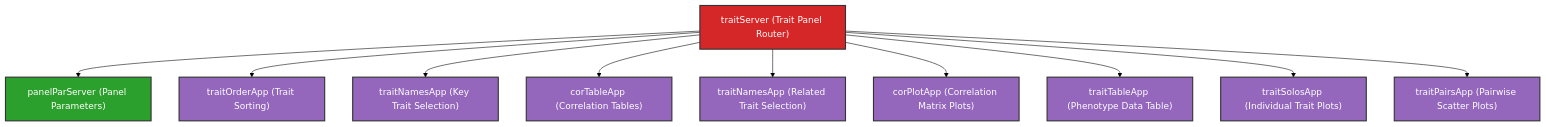
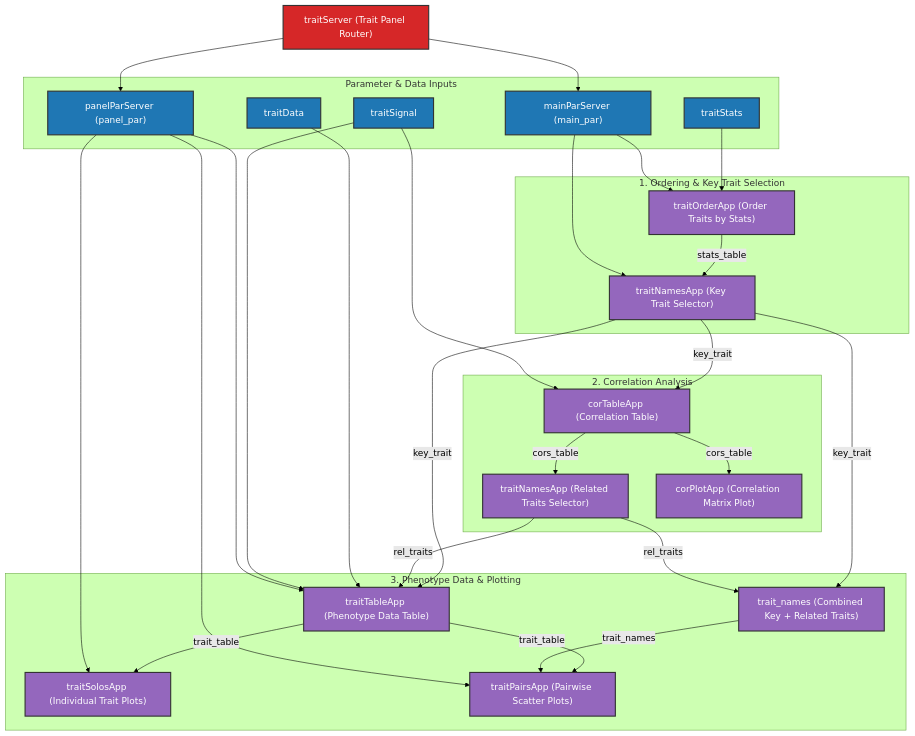
One commit to byandell-sysgen/foundrShiny changed the fourth of 6 diagrams in vignettes/devel_guide/modules.Rmd. Above: the diagram before and after it, drawn with Mermaid (forest theme). The commit also changed other lines of this file and 1 other file, not shown here.

Commit message:
update mermaids to follow module flow

````diff
--- a/vignettes/devel_guide/modules.Rmd
+++ b/vignettes/devel_guide/modules.Rmd
@@ -128,32 +145,69 @@
 ```mermaid
 flowchart TD
     traitServer["traitServer (Trait Panel Router)"]
-    panelParServer["panelParServer (Panel Parameters)"]
 
-    corPlotApp["corPlotApp (Correlation Matrix Plots)"]
-    corTableApp["corTableApp (Correlation Tables)"]
-    traitNamesKey["traitNamesApp (Key Trait Selection)"]
-    traitNamesRel["traitNamesApp (Related Trait Selection)"]
-    traitOrderApp["traitOrderApp (Trait Sorting)"]
-    traitPairsApp["traitPairsApp (Pairwise Scatter Plots)"]
-    traitSolosApp["traitSolosApp (Individual Trait Plots)"]
-    traitTableApp["traitTableApp (Phenotype Data Table)"]
+    subgraph Inputs["Parameter & Data Inputs"]
+        main_par["mainParServer (main_par)"]
+        panel_par["panelParServer (panel_par)"]
+        traitStats["traitStats"]
+        traitSignal["traitSignal"]
+        traitData["traitData"]
+    end
 
-    traitServer --> panelParServer
-    traitServer --> traitOrderApp
-    traitServer --> traitNamesKey
-    traitServer --> corTableApp
-    traitServer --> traitNamesRel
-    traitServer --> corPlotApp
-    traitServer --> traitTableApp
-    traitServer --> traitSolosApp
-    traitServer --> traitPairsApp
+    subgraph OrderingKey["1. Ordering & Key Trait Selection"]
+        traitOrderApp["traitOrderApp (Order Traits by Stats)"]
+        keyTrait["traitNamesApp (Key Trait Selector)"]
+    end
+
+    subgraph Correlations["2. Correlation Analysis"]
+        corTableApp["corTableApp (Correlation Table)"]
+        relTraits["traitNamesApp (Related Traits Selector)"]
+        corPlotApp["corPlotApp (Correlation Matrix Plot)"]
+    end
+
+    subgraph PhenotypeDisplay["3. Phenotype Data & Plotting"]
+        trait_names["trait_names (Combined Key + Related Traits)"]
+        traitTableApp["traitTableApp (Phenotype Data Table)"]
+        traitSolosApp["traitSolosApp (Individual Trait Plots)"]
+        traitPairsApp["traitPairsApp (Pairwise Scatter Plots)"]
+    end
+
+    traitServer --> main_par
+    traitServer --> panel_par
+
+    traitStats --> traitOrderApp
+    main_par --> traitOrderApp
+
+    traitOrderApp -->|"stats_table"| keyTrait
+    main_par --> keyTrait
+
+    keyTrait -->|"key_trait"| corTableApp
+    traitSignal --> corTableApp
+
+    corTableApp -->|"cors_table"| relTraits
+    corTableApp -->|"cors_table"| corPlotApp
+
+    keyTrait -->|"key_trait"| trait_names
+    relTraits -->|"rel_traits"| trait_names
+
+    keyTrait -->|"key_trait"| traitTableApp
+    relTraits -->|"rel_traits"| traitTableApp
+    traitData --> traitTableApp
+    traitSignal --> traitTableApp
+    panel_par --> traitTableApp
+
+    traitTableApp -->|"trait_table"| traitSolosApp
+    panel_par --> traitSolosApp
+
+    traitTableApp -->|"trait_table"| traitPairsApp
+    trait_names -->|"trait_names"| traitPairsApp
+    panel_par --> traitPairsApp
 
     classDef panel fill:#d62728,stroke:#333,stroke-width:2px,color:#fff
-    classDef param fill:#2ca02c,stroke:#333,stroke-width:2px,color:#fff
+    classDef input fill:#1f77b4,stroke:#333,stroke-width:2px,color:#fff
     classDef submod fill:#9467bd,stroke:#333,stroke-width:2px,color:#fff
 
     class traitServer panel
-    class panelParServer param
-    class corPlotApp,corTableApp,traitNamesKey,traitNamesRel,traitOrderApp,traitPairsApp,traitSolosApp,traitTableApp submod
+    class main_par,panel_par,traitStats,traitSignal,traitData input
+    class traitOrderApp,keyTrait,corTableApp,relTraits,corPlotApp,trait_names,traitTableApp,traitSolosApp,traitPairsApp submod
 ```
````
